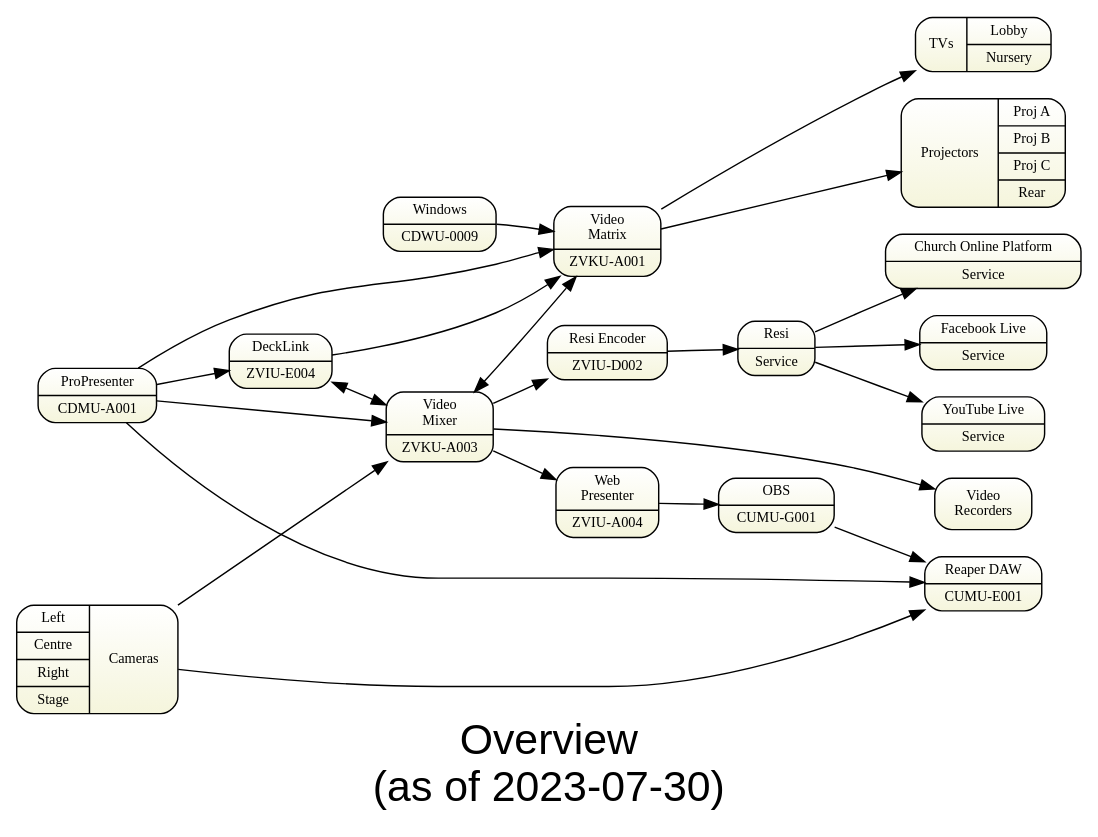
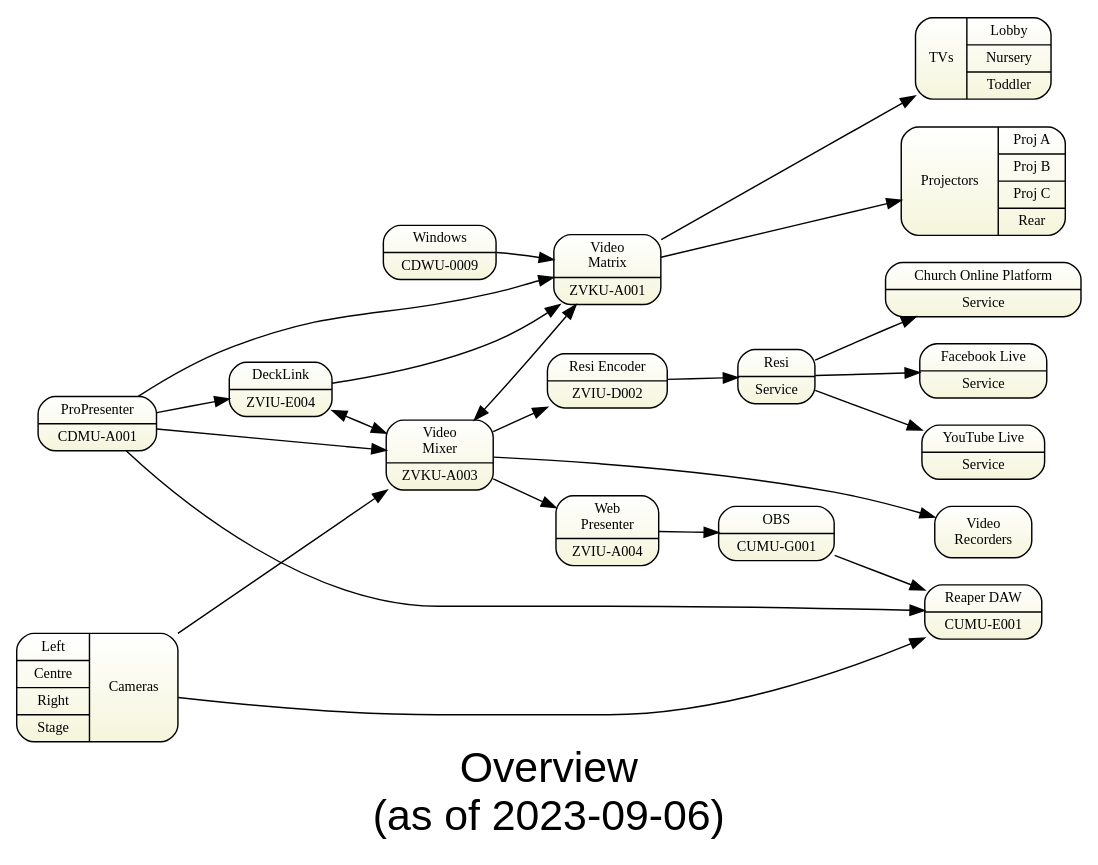
The diagram in sdv-topology0-overview.gv (avmaint/uactechdoc), drawn with Graphviz before and after one commit.

Commit message:
added toddler tv

```diff
--- a/sdv-topology0-overview.gv
+++ b/sdv-topology0-overview.gv
@@ -1,62 +1,62 @@
 digraph topology0 { 
 graph [overlap = true, fontsize = 30, rankdir=LR 
-      label="Overview\n(as of 2023-07-30)",
+      label="Overview\n(as of 2023-09-06)",
       fontname = Helvetica]
 
 node [shape=Mrecord, tooltip="" , fontsize = 10, 
       fillcolor="white:beige" , style=filled  
       gradientangle=270]
       
 zvkua001 [label="Video\nMatrix|ZVKU-A001"]
 zvkua003 [label="Video\nMixer|ZVKU-A003"]
     
 cdmua001 [label="ProPresenter|CDMU-A001"]
 cumug001 [label="OBS|CUMU-G001"]
 cdwu0009 [label="Windows|CDWU-0009"]
 
 wp [label="Web\nPresenter|ZVIU-A004"] 
 
 cdmua001 -> zvkua003
 zviud002    [label="Resi Encoder|ZVIU-D002"]
 resi        [label="Resi|Service"]
 facebook    [label="Facebook Live|Service"]
 youtube     [label="YouTube Live|Service"]
 chop        [label="Church Online Platform|Service"]
 recorders   [label="Video\nRecorders"]
 zviue004    [label="DeckLink|ZVIU-E004"]
-tvs         [label="{TVs|{Lobby|Nursery}}"]
+tvs         [label="{TVs|{Lobby|Nursery|Toddler}}"]
 cameras     [label="{{Left|Centre|Right|Stage}|Cameras}"]
 cumue001	[label="Reaper DAW|CUMU-E001"]
 
 projectors  [label="{Projectors|{Proj A | Proj B | Proj C | Rear}}"]
 
 cdmua001 -> zviue004
 zviue004 -> zvkua001
 
 zvkua001 -> tvs
 
 zvkua003 -> zviud002
 zviud002 -> resi
 resi     -> facebook
 resi     -> youtube
 resi     -> chop 
  
 cdmua001       -> zvkua001:i4  
 cdwu0009:hdmi  -> zvkua001:i5
 zvkua003       -> zvkua001 [dir=both]
 
 zviue004 -> zvkua003 [dir=both]
 
 wp -> cumug001  
 cumug001 -> cumue001
 cdmua001 -> cumue001
 cameras  -> cumue001 
 
 cameras -> zvkua003
 zvkua003 -> wp
 zvkua001 -> projectors
 zvkua003 -> recorders
 
 {rank=same; facebook youtube chop projectors recorders tvs}
 {rank=same; cameras cdmua001       }
 } 
```
